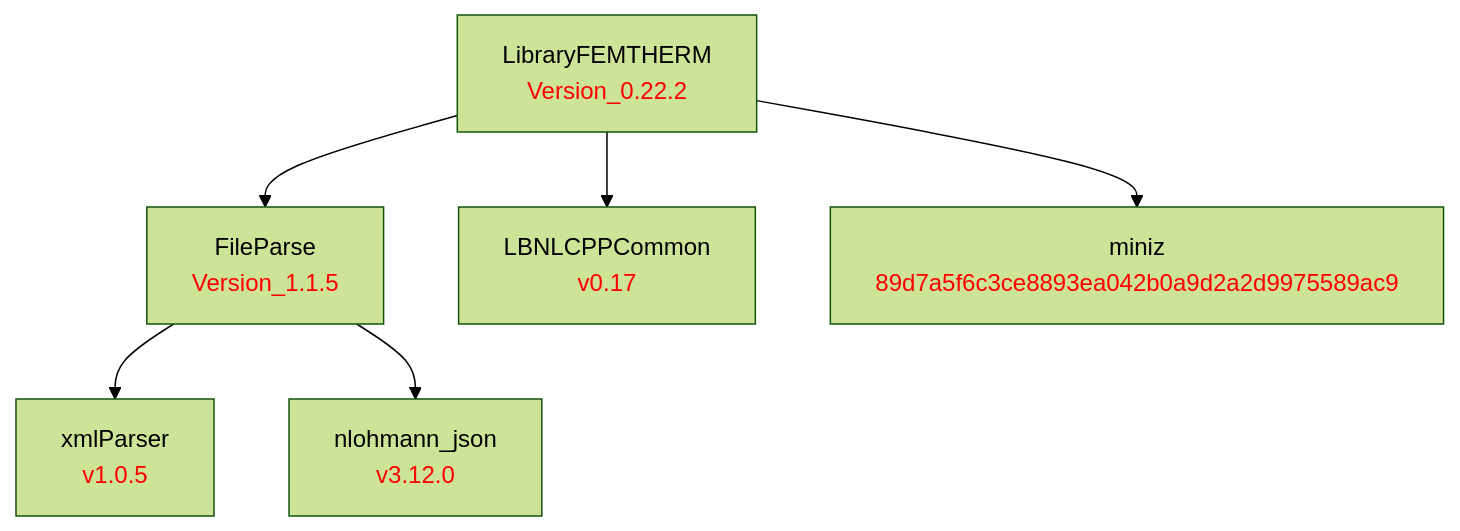
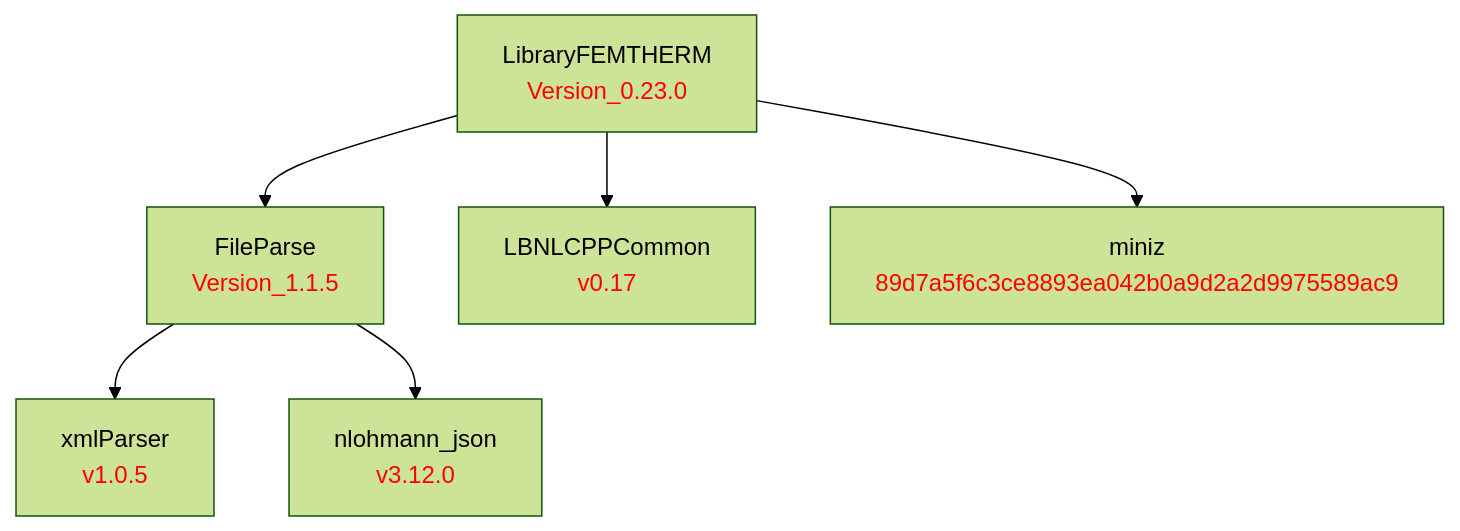
Before and after one commit to LBNL-ETA/LibraryFEMTherm: the diagram in doc/LibraryFEMTHERM.md, drawn with Mermaid (forest theme). The commit also changed 1 other file, not shown here.

Commit message:
Bump to 0.23.0

````diff
--- a/doc/LibraryFEMTHERM.md
+++ b/doc/LibraryFEMTHERM.md
@@ -1,17 +1,17 @@
 ```mermaid
 graph TD
     %% Package definitions
     xmlParser[xmlParser<br/><font color='red'>v1.0.5</font>]
     nlohmann_json[nlohmann_json<br/><font color='red'>v3.12.0</font>]
     FileParse[FileParse<br/><font color='red'>Version_1.1.5</font>]
     LBNLCPPCommon[LBNLCPPCommon<br/><font color='red'>v0.17</font>]
     miniz[miniz<br/><font color='red'>89d7a5f6c3ce8893ea042b0a9d2a2d9975589ac9</font>]
-    LibraryFEMTHERM[LibraryFEMTHERM<br/><font color='red'>Version_0.22.2</font>]
+    LibraryFEMTHERM[LibraryFEMTHERM<br/><font color='red'>Version_0.23.0</font>]
 
     %% Package relations
     LibraryFEMTHERM --> FileParse
     LibraryFEMTHERM --> LBNLCPPCommon
     LibraryFEMTHERM --> miniz
     FileParse --> xmlParser
     FileParse --> nlohmann_json
 ```
````
